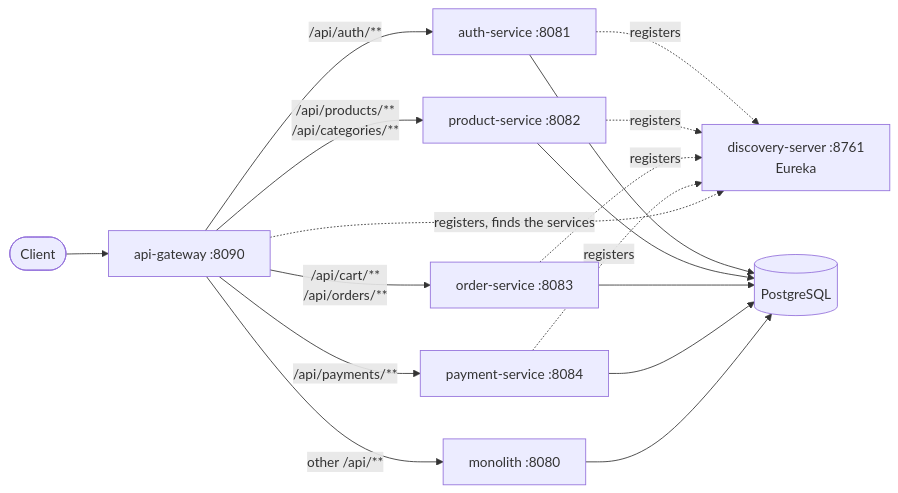
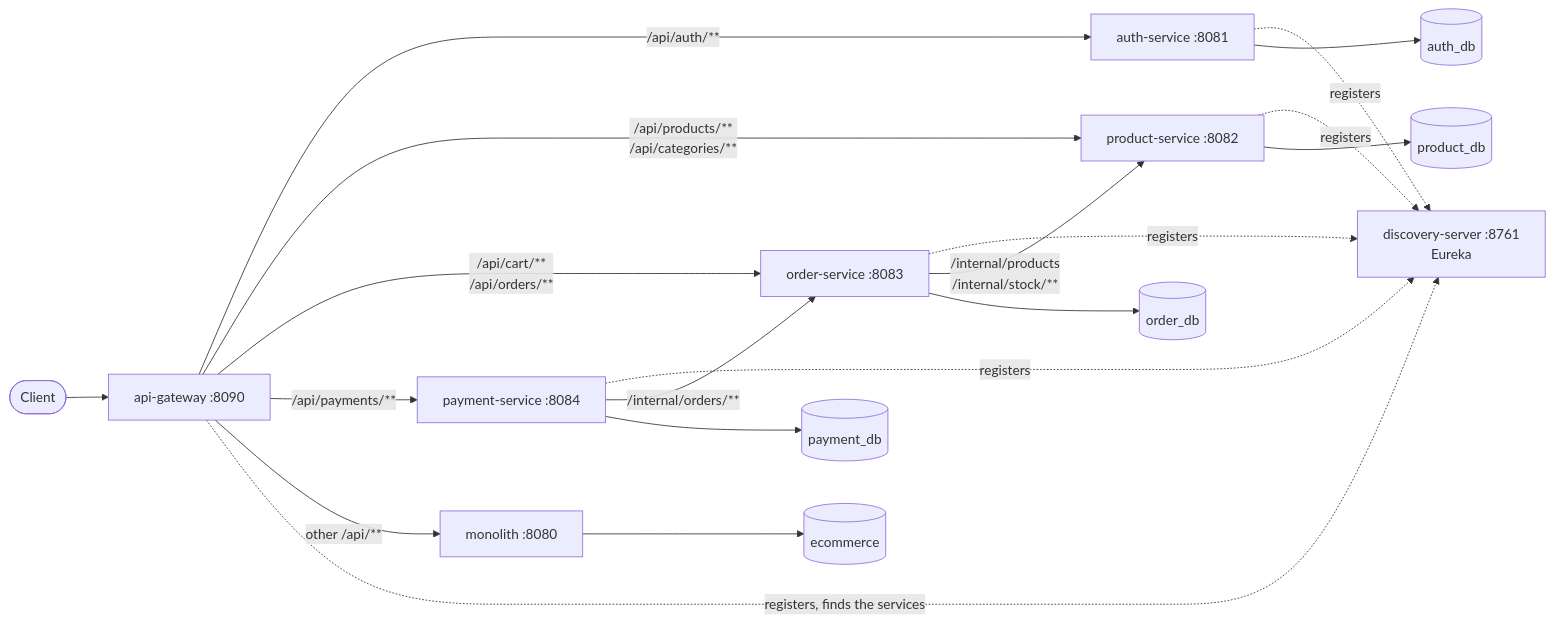
Before and after one commit to monssefbaakka/ecommerce-microservices: the first of 2 diagrams in README.md, drawn with Mermaid.

Commit message:
docs(readme): one database per service and the internal calls in the microservices diagram

````diff
--- a/README.md
+++ b/README.md
@@ -129,19 +129,21 @@
 ```mermaid
 flowchart LR
     client([Client]) --> gateway["api-gateway :8090"]
     gateway -- "/api/auth/**" --> auth["auth-service :8081"]
     gateway -- "/api/products/**<br/>/api/categories/**" --> product["product-service :8082"]
     gateway -- "/api/cart/**<br/>/api/orders/**" --> order["order-service :8083"]
     gateway -- "/api/payments/**" --> payment["payment-service :8084"]
     gateway -- "other /api/**" --> monolith["monolith :8080"]
     auth -. registers .-> eureka["discovery-server :8761<br/>Eureka"]
     product -. registers .-> eureka
     order -. registers .-> eureka
     payment -. registers .-> eureka
     gateway -. registers, finds the services .-> eureka
-    auth --> db[(PostgreSQL)]
-    product --> db
-    order --> db
-    payment --> db
-    monolith --> db
+    order -- "/internal/products<br/>/internal/stock/**" --> product
+    payment -- "/internal/orders/**" --> order
+    auth --> authdb[(auth_db)]
+    product --> productdb[(product_db)]
+    order --> orderdb[(order_db)]
+    payment --> paymentdb[(payment_db)]
+    monolith --> monolithdb[(ecommerce)]
 ```
````
